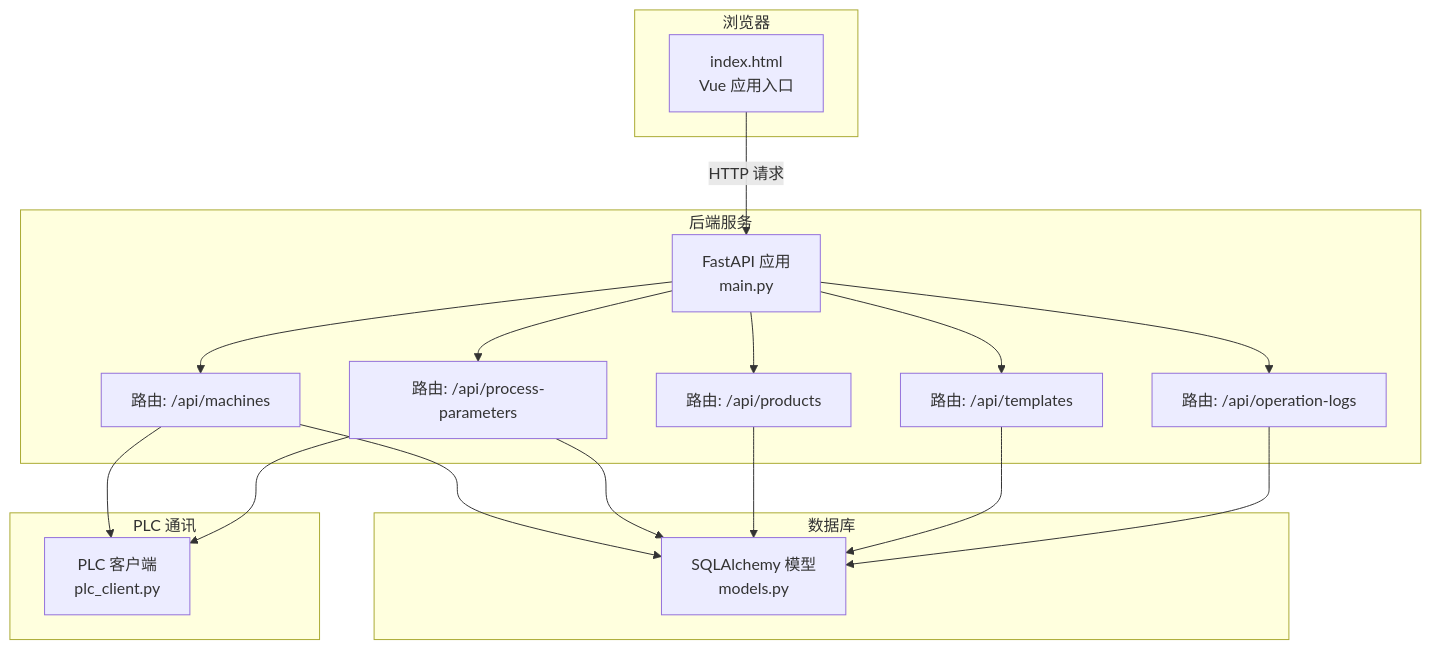
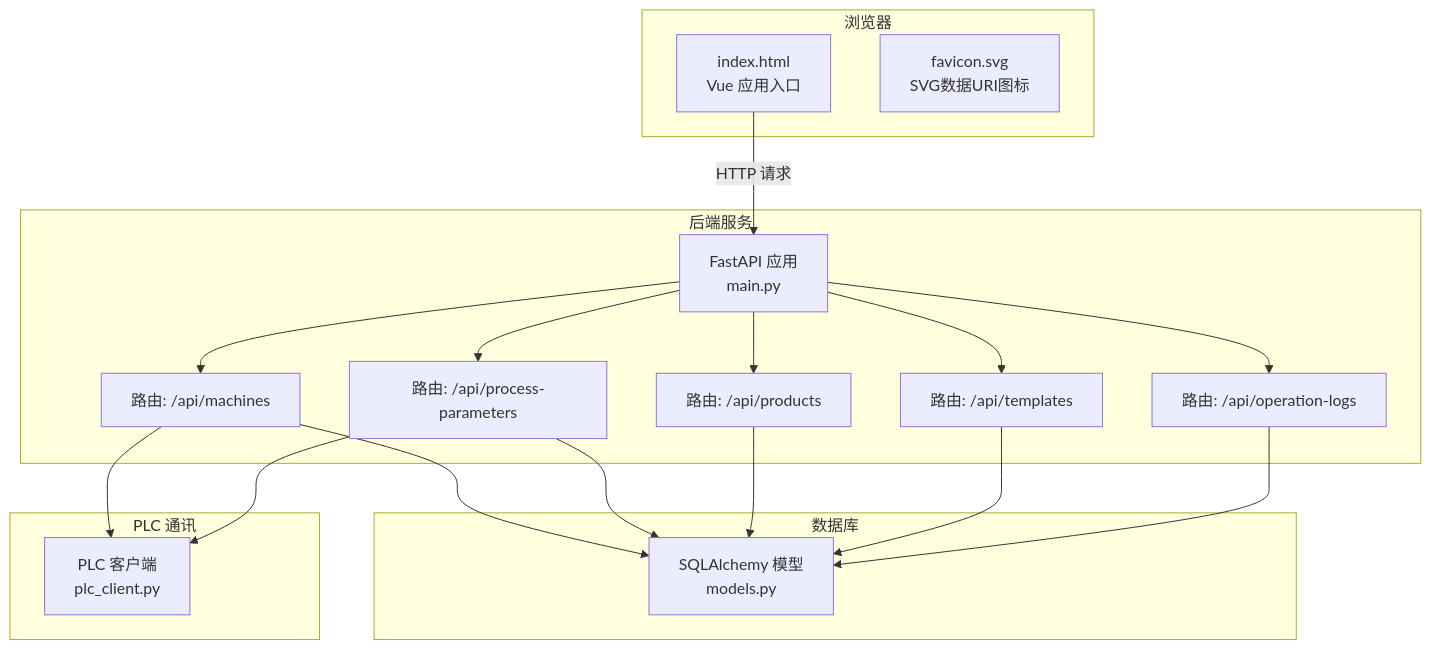
Before and after one commit to pcb0y/plctodb: the first of 7 diagrams in .qoder/repowiki/zh/content/前端开发.md, drawn with Mermaid. The commit also changed other lines of this file and 4 other files, not shown here.

````diff
--- a/.qoder/repowiki/zh/content/前端开发.md
+++ b/.qoder/repowiki/zh/content/前端开发.md
@@ -50,33 +51,34 @@
 ```mermaid
 graph TB
 subgraph "浏览器"
 UI["index.html<br/>Vue 应用入口"]
+Favicon["favicon.svg<br/>SVG数据URI图标"]
 end
 subgraph "后端服务"
 FastAPI["FastAPI 应用<br/>main.py"]
 R_machines["路由: /api/machines"]
 R_parameters["路由: /api/process-parameters"]
 R_products["路由: /api/products"]
 R_templates["路由: /api/templates"]
 R_logs["路由: /api/operation-logs"]
 end
 subgraph "数据库"
 Models["SQLAlchemy 模型<br/>models.py"]
 end
 subgraph "PLC 通讯"
 PLC["PLC 客户端<br/>plc_client.py"]
 end
 UI --> |HTTP 请求| FastAPI
 FastAPI --> R_machines
 FastAPI --> R_parameters
 FastAPI --> R_products
 FastAPI --> R_templates
 FastAPI --> R_logs
 R_machines --> Models
 R_parameters --> Models
 R_products --> Models
 R_templates --> Models
 R_logs --> Models
 R_machines --> PLC
 R_parameters --> PLC
 ```
````
